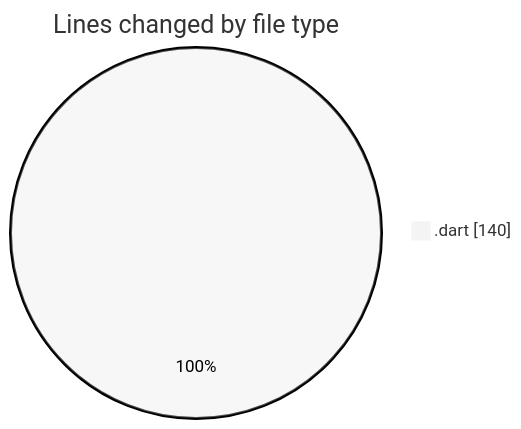
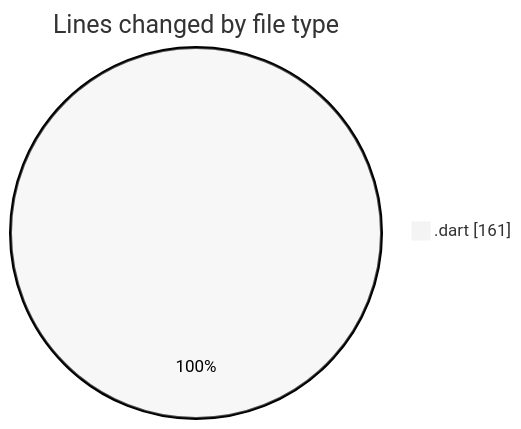
The first of 2 diagrams in 2025-03-25/wordle/README.md (donsfak/code-tracking), drawn with Mermaid (neutral theme) before and after one commit. The commit also changed other lines of this file and 1 other file, not shown here.

````diff
--- a/2025-03-25/wordle/README.md
+++ b/2025-03-25/wordle/README.md
@@ -23,5 +23,5 @@
 ```mermaid
 pie showData
 title Lines changed by file type
-".dart" : 140
+".dart" : 161
 ```
````
